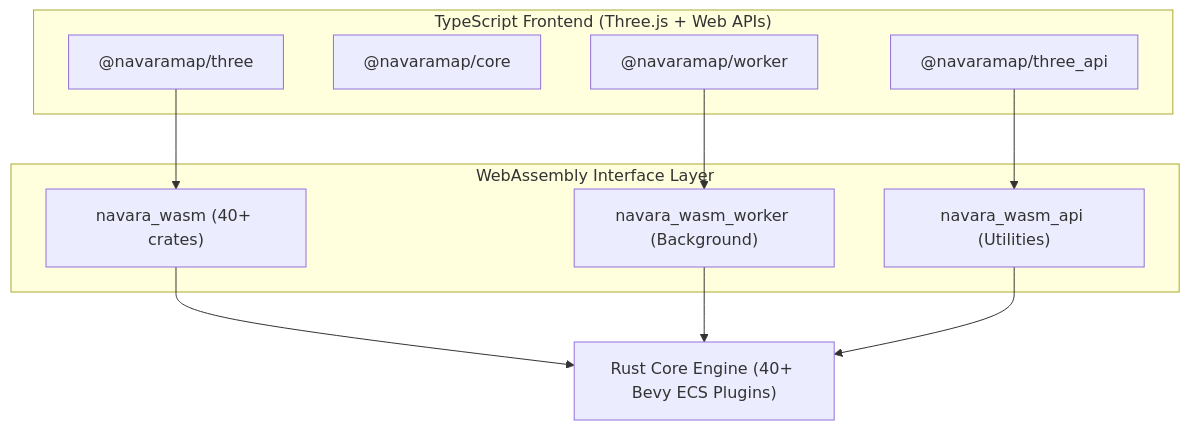
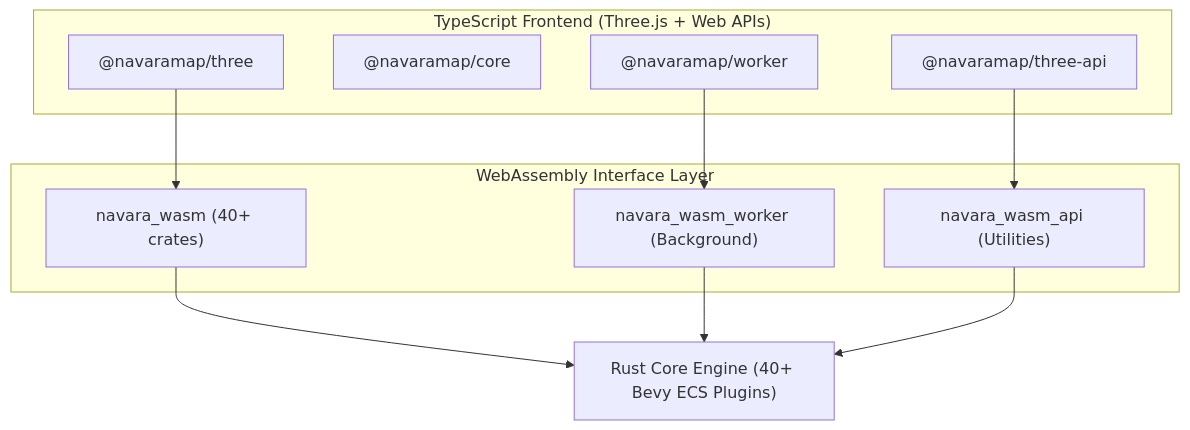
One commit to matrix9neonebuchadnezzar2199-sketch/navara changed the diagram in docs/src/content/docs/guides/For Contributors/architecture.md. Above: the diagram before and after it, drawn with Mermaid. The commit also changed other lines of this file and 336 other files, not shown here.

````diff
--- a/docs/src/content/docs/guides/For Contributors/architecture.md
+++ b/docs/src/content/docs/guides/For Contributors/architecture.md
@@ -12,24 +12,24 @@
 ```mermaid
 graph TD
   subgraph TS["TypeScript Frontend (Three.js + Web APIs)"]
     a1["@navaramap/three"]
     a2["@navaramap/core"]
     a3["@navaramap/worker"]
-    a4["@navaramap/three_api"]
+    a4["@navaramap/three-api"]
   end
 
   subgraph WASM["WebAssembly Interface Layer"]
     b1["navara_wasm (40+ crates)"]
     b2["navara_wasm_worker (Background)"]
     b3["navara_wasm_api (Utilities)"]
   end
 
   RUST["Rust Core Engine (40+ Bevy ECS Plugins)"]
 
   a1 --> b1
   a3 --> b2
   a4 --> b3
   b1 --> RUST
   b2 --> RUST
   b3 --> RUST
 ```
````
